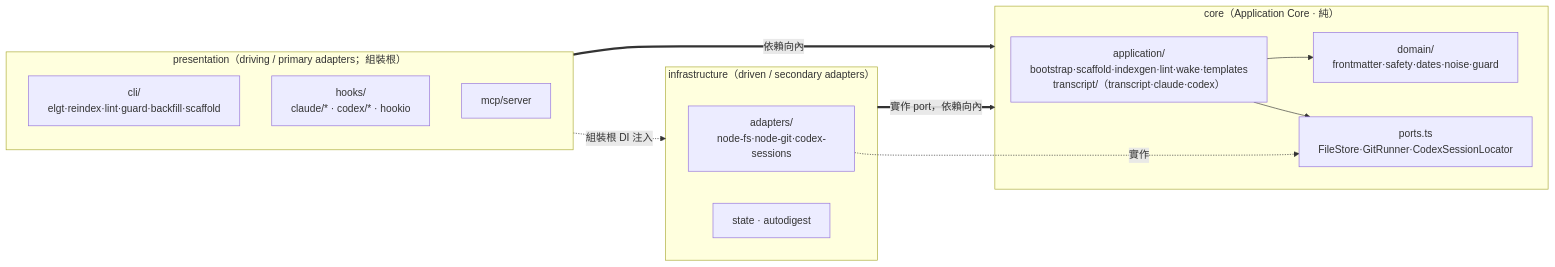
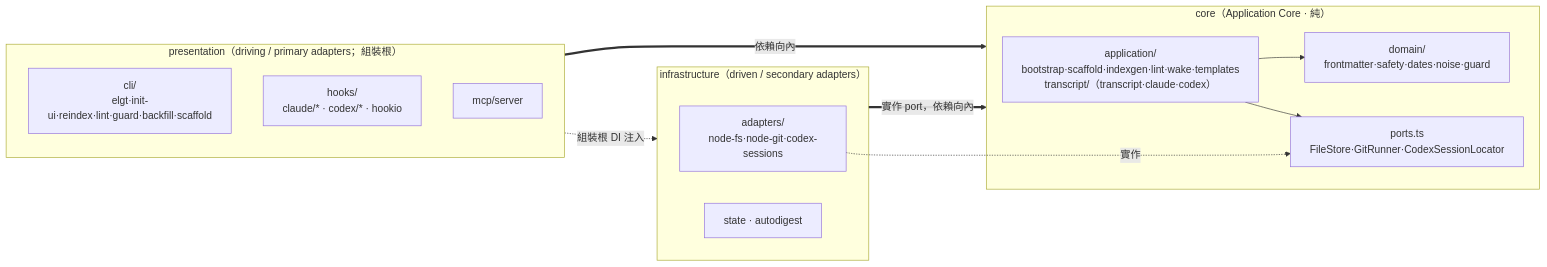
Before and after one commit to neokn/elegent: the third of 4 diagrams in docs/architecture/c4.md, drawn with Mermaid. The commit also changed other lines of this file and 4 other files, not shown here.

````diff
--- a/docs/architecture/c4.md
+++ b/docs/architecture/c4.md
@@ -73,24 +73,24 @@
 ```mermaid
 flowchart LR
     subgraph presentation["presentation（driving / primary adapters；組裝根）"]
-        cliC["cli/<br/>elgt·reindex·lint·guard·backfill·scaffold"]
+        cliC["cli/<br/>elgt·init-ui·reindex·lint·guard·backfill·scaffold"]
         hooksC["hooks/<br/>claude/* · codex/* · hookio"]
         mcpC["mcp/server"]
     end
     subgraph core["core（Application Core · 純）"]
         app["application/<br/>bootstrap·scaffold·indexgen·lint·wake·templates<br/>transcript/（transcript·claude·codex）"]
         dom["domain/<br/>frontmatter·safety·dates·noise·guard"]
         ports["ports.ts<br/>FileStore·GitRunner·CodexSessionLocator"]
         app --> dom
         app --> ports
     end
     subgraph infra["infrastructure（driven / secondary adapters）"]
         ad["adapters/<br/>node-fs·node-git·codex-sessions"]
         helpers["state · autodigest"]
     end
 
     presentation ==>|依賴向內| core
     infra ==>|實作 port，依賴向內| core
     ad -.實作.-> ports
     presentation -.組裝根 DI 注入.-> infra
 ```
````
